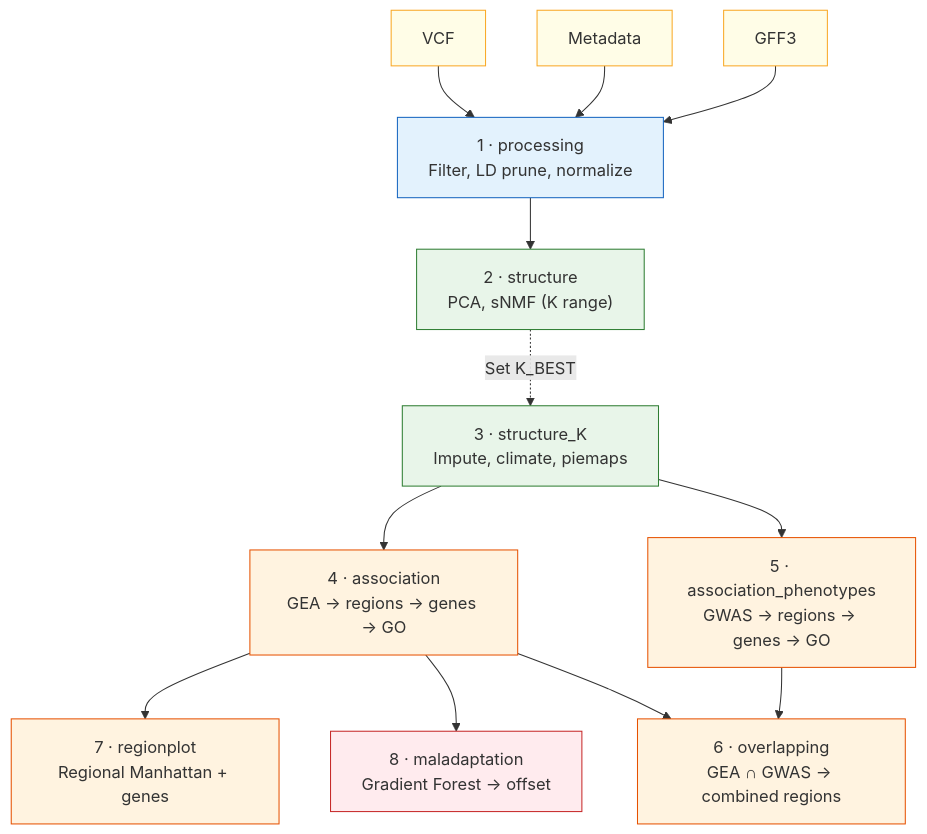
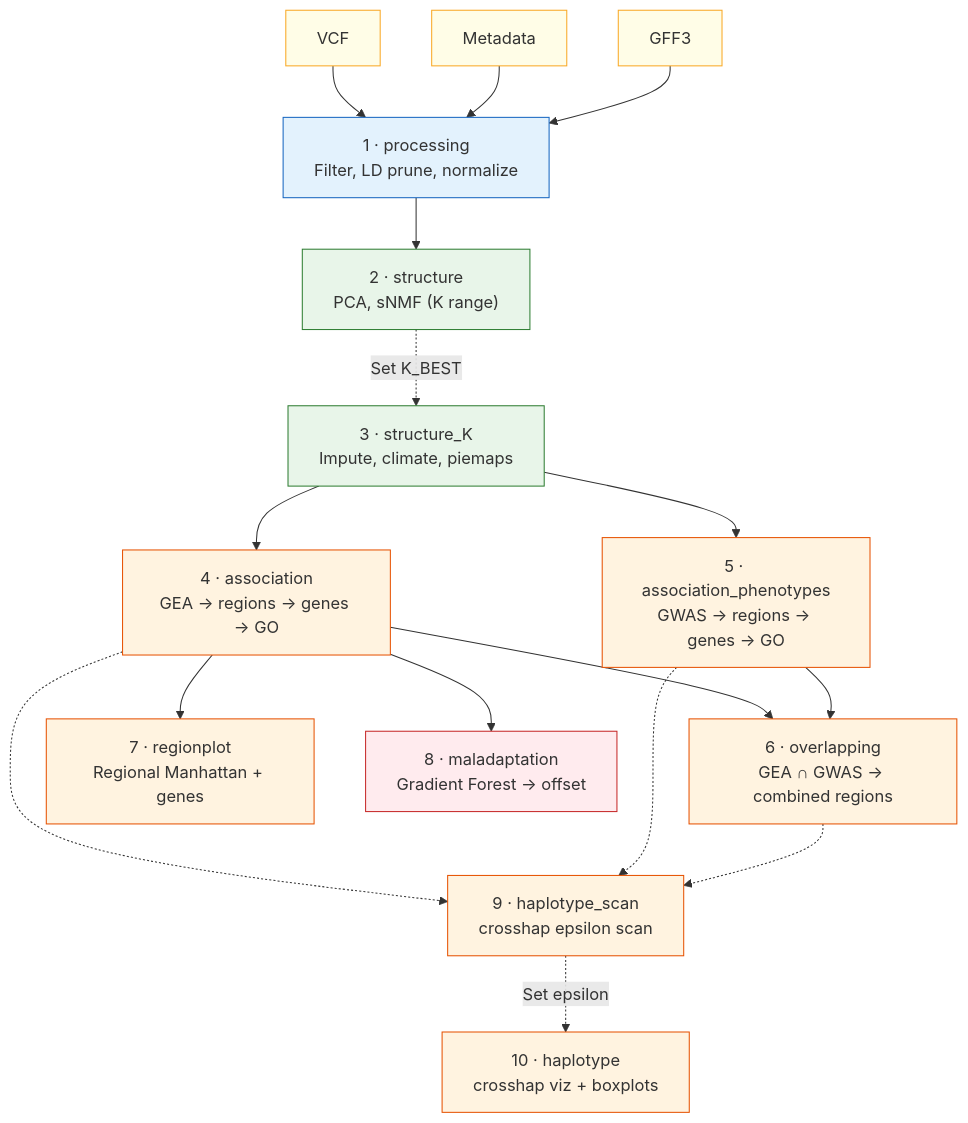
The first of 9 diagrams in README.md (hubner-lab/ADAPTOGENE), drawn with Mermaid before and after one commit. The commit also changed other lines of this file and 8 other files, not shown here.

````diff
--- a/README.md
+++ b/README.md
@@ -88,27 +91,31 @@
 ```mermaid
 flowchart TB
     classDef input fill:#FFFDE7,stroke:#F9A825,color:#333
     classDef preproc fill:#E3F2FD,stroke:#1565C0,color:#333
     classDef struct fill:#E8F5E9,stroke:#2E7D32,color:#333
     classDef assoc fill:#FFF3E0,stroke:#E65100,color:#333
     classDef malad fill:#FFEBEE,stroke:#C62828,color:#333
 
     VCF["VCF"]:::input
     META["Metadata"]:::input
     GFF["GFF3"]:::input
 
     proc["1 · processing\nFilter, LD prune, normalize"]:::preproc
     struct["2 · structure\nPCA, sNMF (K range)"]:::struct
     structK["3 · structure_K\nImpute, climate, piemaps"]:::struct
     assoc["4 · association\nGEA → regions → genes → GO"]:::assoc
     pheno["5 · association_phenotypes\nGWAS → regions → genes → GO"]:::assoc
     overlap["6 · overlapping\nGEA ∩ GWAS → combined regions"]:::assoc
     regplot["7 · regionplot\nRegional Manhattan + genes"]:::assoc
     malad["8 · maladaptation\nGradient Forest → offset"]:::malad
+    hapscan["9 · haplotype_scan\ncrosshap epsilon scan"]:::assoc
+    hapviz["10 · haplotype\ncrosshap viz + boxplots"]:::assoc
 
     VCF & META & GFF --> proc --> struct
     struct -. "Set K_BEST" .-> structK
     structK --> assoc & pheno
     assoc --> regplot & malad
     assoc & pheno --> overlap
+    assoc & pheno & overlap -.-> hapscan
+    hapscan -. "Set epsilon" .-> hapviz
 ```
````
